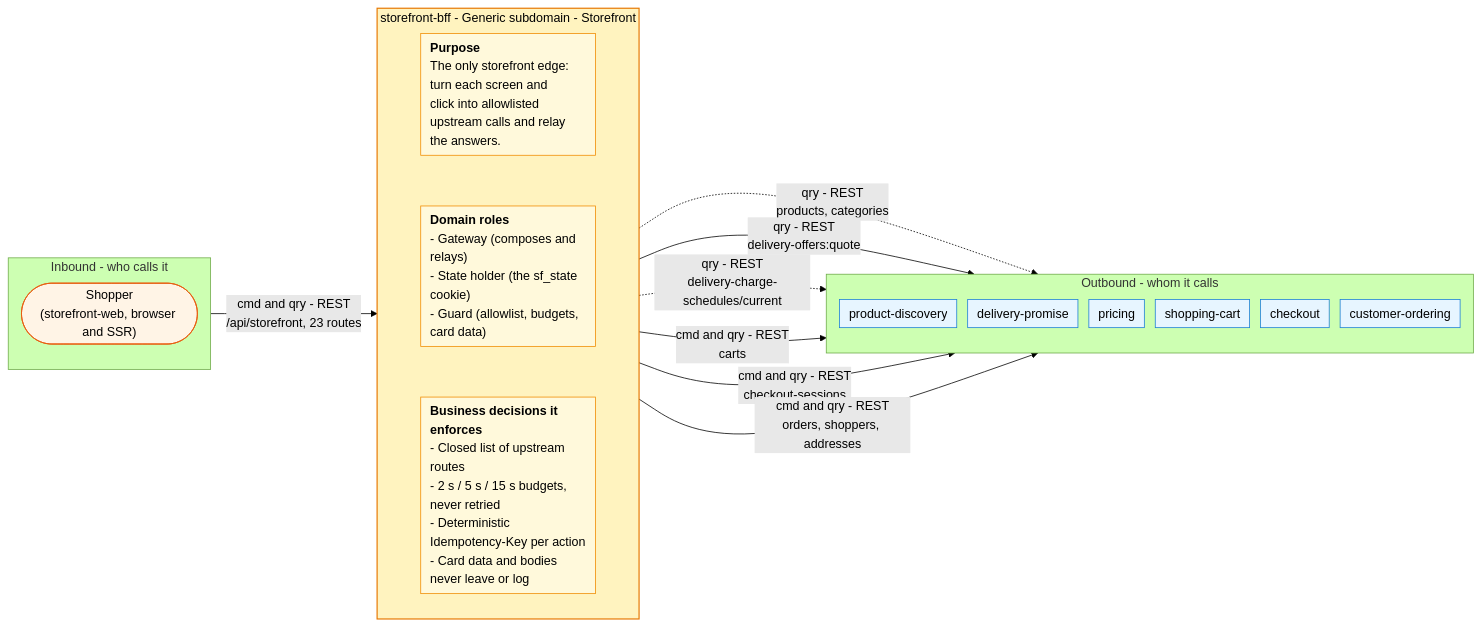
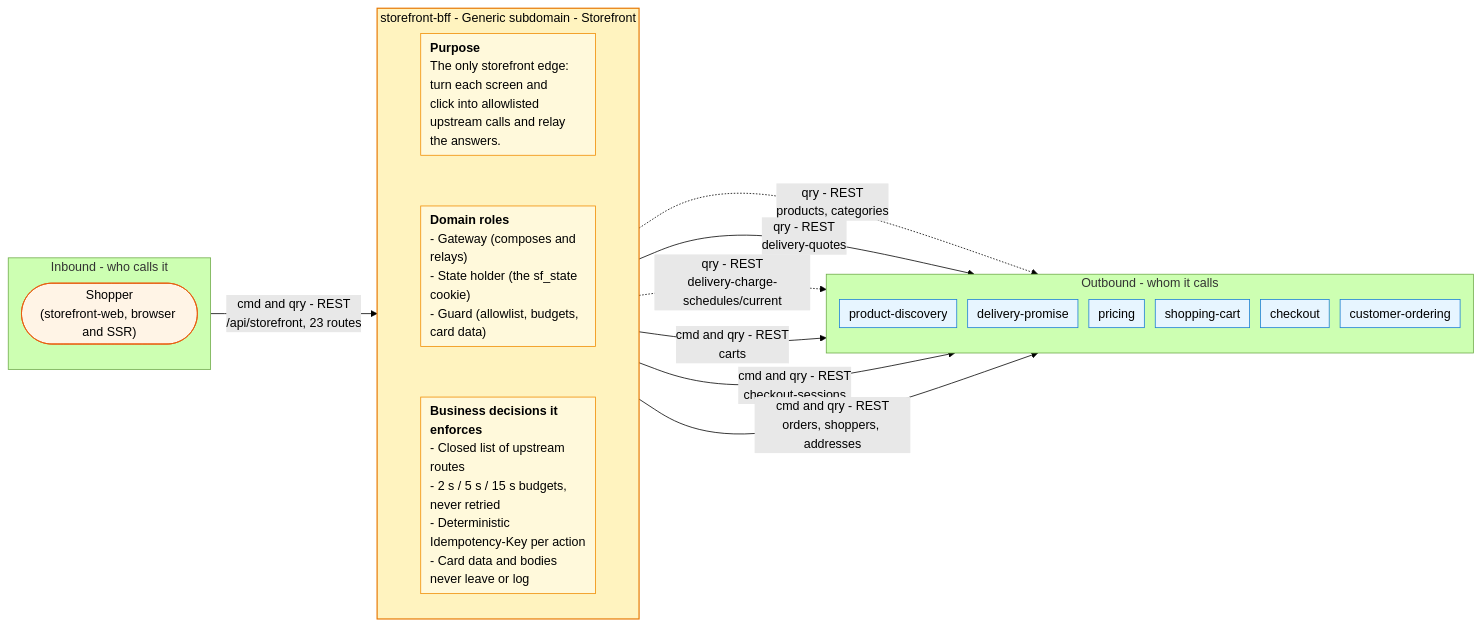
Before and after one commit to IQVO/storefront-bff: the diagram in docs/docs/ddd/bounded-context-canvas.md, drawn with Mermaid (forest theme). The commit also changed other lines of this file and 17 other files, not shown here.

````diff
--- a/docs/docs/ddd/bounded-context-canvas.md
+++ b/docs/docs/ddd/bounded-context-canvas.md
@@ -22,36 +22,36 @@
 ```mermaid
 %%{init: {"flowchart": {"nodeSpacing": 14, "rankSpacing": 40, "padding": 6}}}%%
 flowchart LR
     classDef bc fill:#fff3bf,stroke:#e67700,stroke-width:1.5px,color:#000
     classDef card fill:#fff9db,stroke:#f08c00,color:#000,text-align:left
     classDef ctx fill:#e7f5ff,stroke:#1c7ed6,color:#000
     classDef actor fill:#fff4e6,stroke:#e8590c,color:#000
     subgraph IN["Inbound - who calls it"]
         direction TB
         in0(["Shopper<br/>(storefront-web, browser and SSR)"]):::actor
     end
     subgraph BC["storefront-bff - Generic subdomain - Storefront"]
         direction TB
         purpose["<b>Purpose</b><br/>The only storefront edge: turn each screen and<br/>click into allowlisted upstream calls and relay<br/>the answers."]:::card
         roles["<b>Domain roles</b><br/>- Gateway (composes and relays)<br/>- State holder (the sf_state cookie)<br/>- Guard (allowlist, budgets, card data)"]:::card
         rules["<b>Business decisions it enforces</b><br/>- Closed list of upstream routes<br/>- 2 s / 5 s / 15 s budgets, never retried<br/>- Deterministic Idempotency-Key per action<br/>- Card data and bodies never leave or log"]:::card
         purpose ~~~ roles ~~~ rules
     end
     subgraph OUT["Outbound - whom it calls"]
         direction TB
         o1["product-discovery"]:::ctx
         o2["delivery-promise"]:::ctx
         o3["pricing"]:::ctx
         o4["shopping-cart"]:::ctx
         o5["checkout"]:::ctx
         o6["customer-ordering"]:::ctx
     end
     in0 -->|"cmd and qry - REST<br/>/api/storefront, 23 routes"| BC
     BC -.->|"qry - REST<br/>products, categories"| o1
-    BC -->|"qry - REST<br/>delivery-offers:quote"| o2
+    BC -->|"qry - REST<br/>delivery-quotes"| o2
     BC -.->|"qry - REST<br/>delivery-charge-schedules/current"| o3
     BC -->|"cmd and qry - REST<br/>carts"| o4
     BC -->|"cmd and qry - REST<br/>checkout-sessions"| o5
     BC -->|"cmd and qry - REST<br/>orders, shoppers, addresses"| o6
     class BC bc
 ```
````
